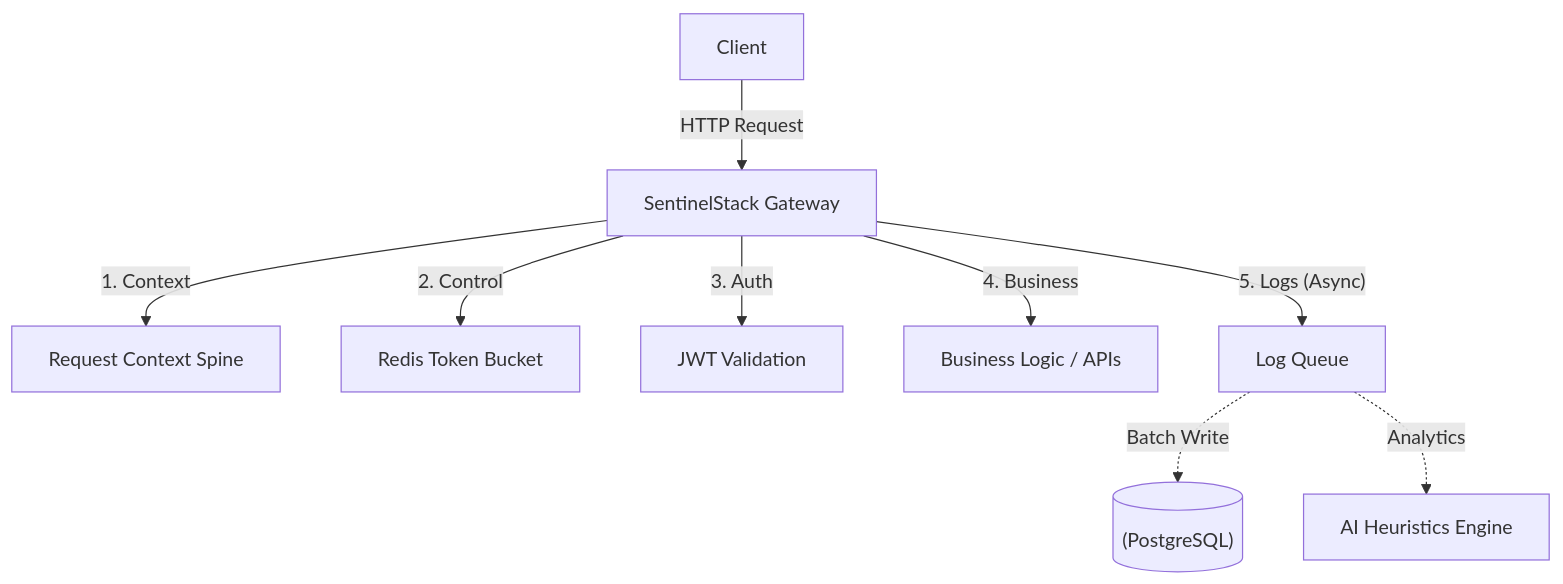
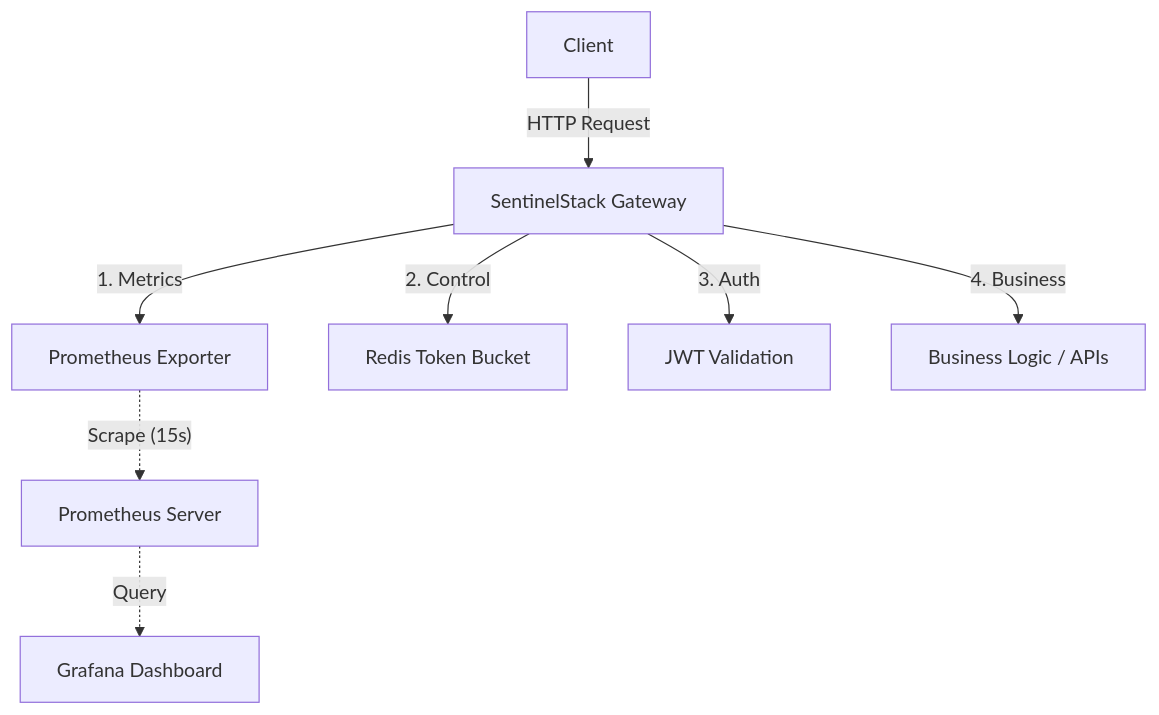
One commit to shriramrajat/SENTINELSTACK changed the diagram in README.md. Above: the diagram before and after it, drawn with Mermaid. The commit also changed other lines of this file and 1 other file, not shown here.

````diff
--- a/README.md
+++ b/README.md
@@ -28,11 +21,11 @@
 ```mermaid
 graph TD
     Client -->|"HTTP Request"| Gateway["SentinelStack Gateway"]
-    Gateway -->|"1. Context"| Context["Request Context Spine"]
+    Gateway -->|"1. Metrics"| Prom["Prometheus Exporter"]
     Gateway -->|"2. Control"| RateLimit["Redis Token Bucket"]
     Gateway -->|"3. Auth"| Auth["JWT Validation"]
     Gateway -->|"4. Business"| App["Business Logic / APIs"]
-    Gateway -->|"5. Logs (Async)"| Queue["Log Queue"]
-    Queue -.->|"Batch Write"| DB[("(PostgreSQL)")]
-    Queue -.->|"Analytics"| AI["AI Heuristics Engine"]
+    
+    Prom -.->|"Scrape (15s)"| Prometheus["Prometheus Server"]
+    Prometheus -.->|"Query"| Grafana["Grafana Dashboard"]
 ```
````
